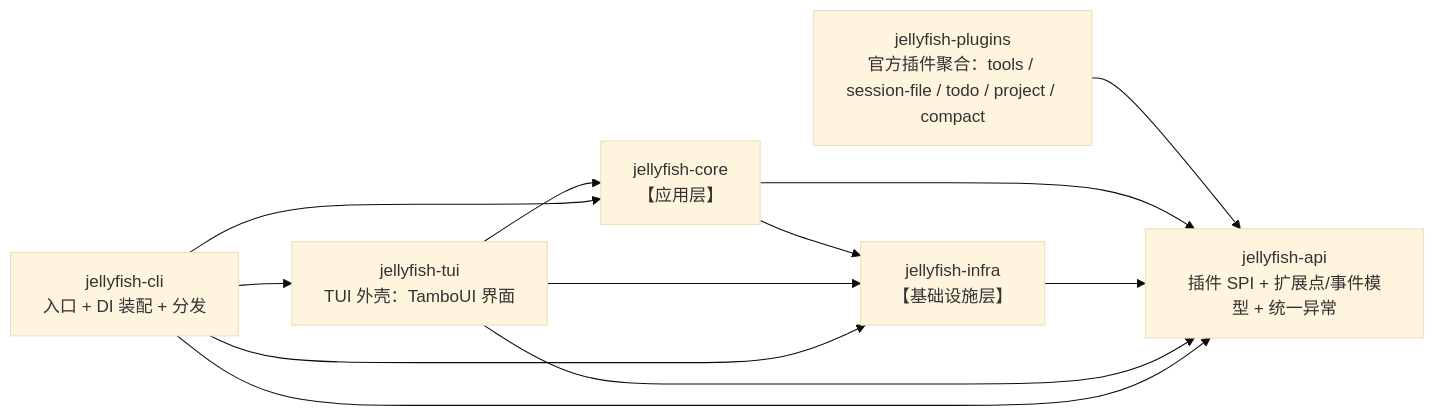
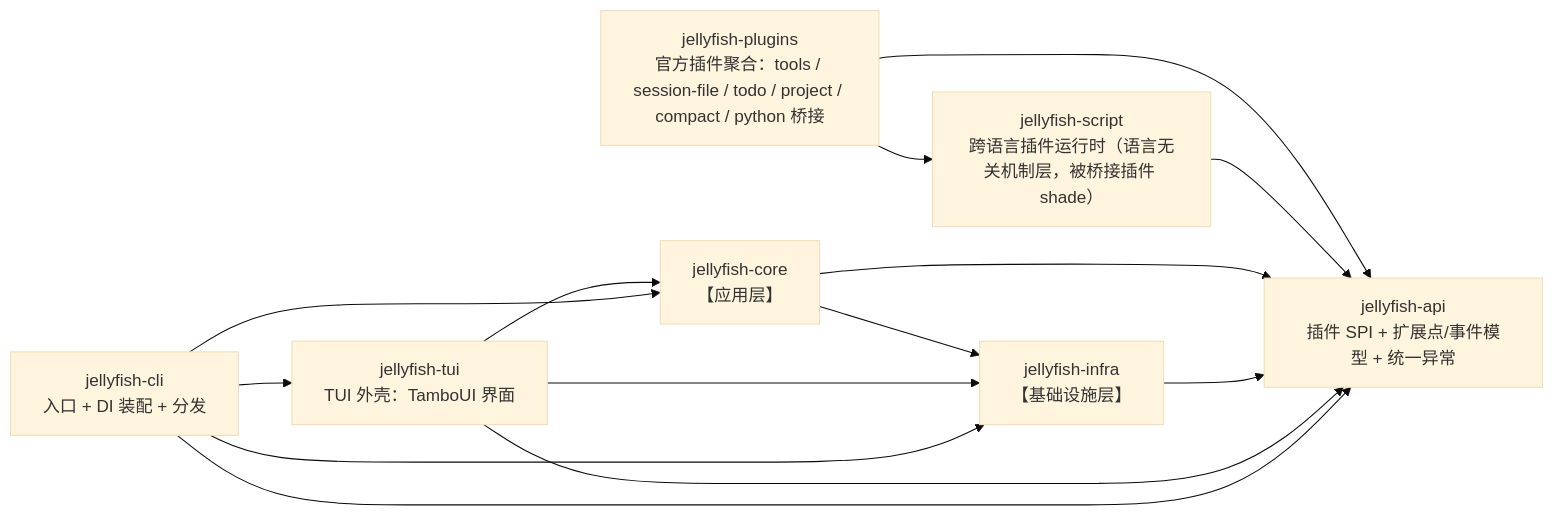
The second of 2 diagrams in AGENTS.md (zcd0831/Jellyfish), drawn with Mermaid (base theme) before and after one commit. The commit also changed other lines of this file and 8 other files, not shown here.

````diff
--- a/AGENTS.md
+++ b/AGENTS.md
@@ -174,21 +174,24 @@
 ```mermaid
 flowchart LR
     API["jellyfish-api<br>插件 SPI + 扩展点/事件模型 + 统一异常"]
-    PLUGINS["jellyfish-plugins<br>官方插件聚合：tools / session-file / todo / project / compact"]
+    PLUGINS["jellyfish-plugins<br>官方插件聚合：tools / session-file / todo / project / compact / python 桥接"]
+    SCRIPT["jellyfish-script<br>跨语言插件运行时（语言无关机制层，被桥接插件 shade）"]
     INFRA["jellyfish-infra<br>【基础设施层】"]
     CORE["jellyfish-core<br>【应用层】"]
     TUI["jellyfish-tui<br>TUI 外壳：TamboUI 界面"]
     CLI["jellyfish-cli<br>入口 + DI 装配 + 分发"]
 
     PLUGINS --> API
+    PLUGINS --> SCRIPT
+    SCRIPT --> API
     CORE --> API
     CORE --> INFRA
     INFRA --> API
     TUI --> CORE
     TUI --> INFRA
     TUI --> API
     CLI --> CORE
     CLI --> INFRA
     CLI --> API
     CLI --> TUI
 ```
````
